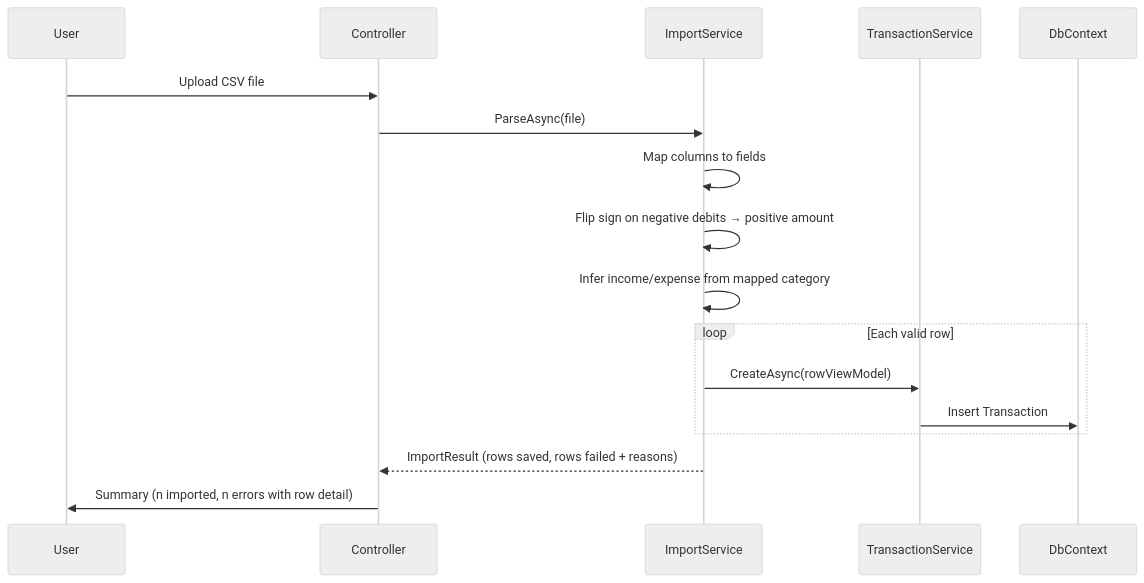
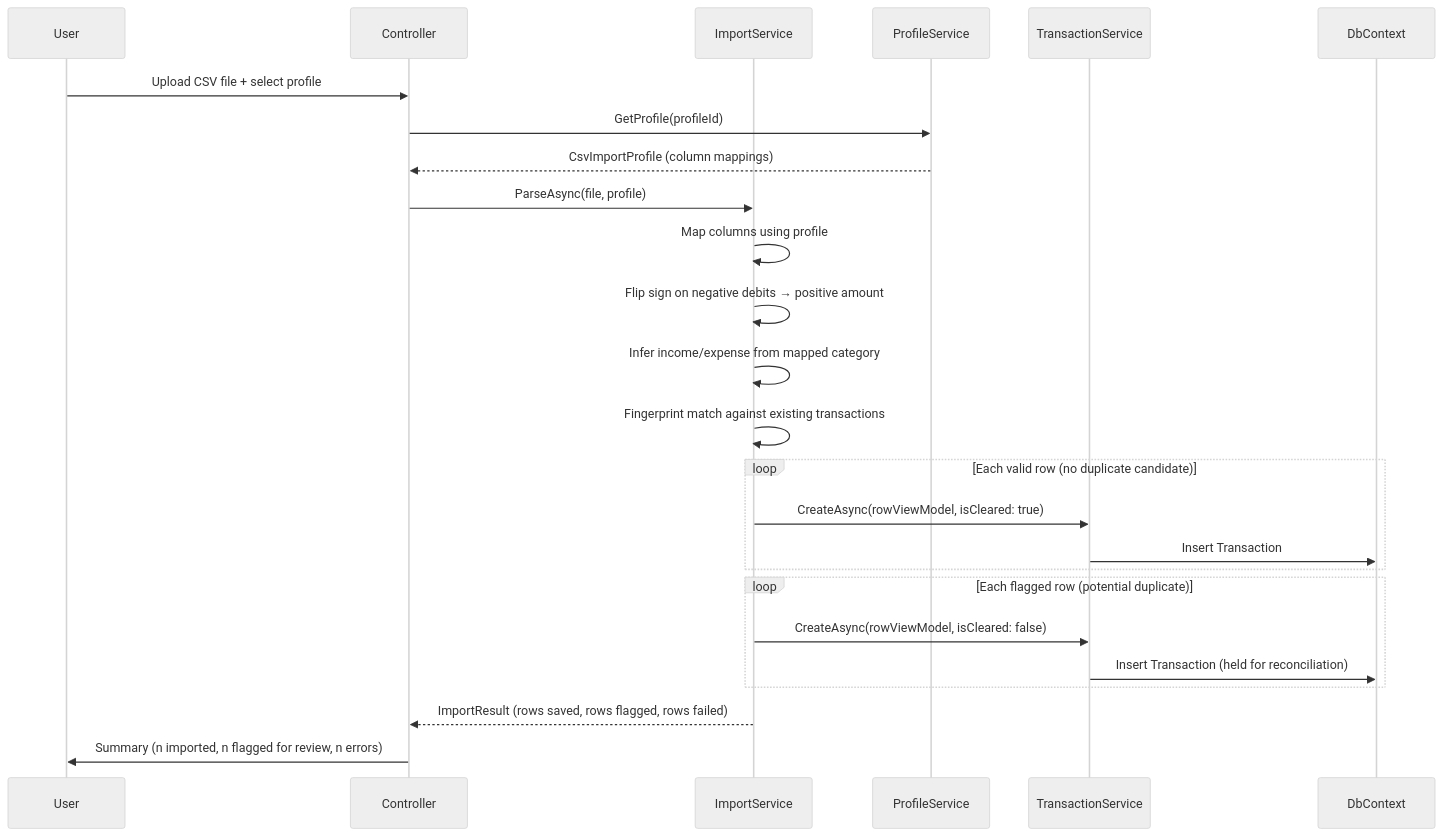
The first of 2 diagrams in docs/planning-phase2.md (marcellh93/ceres-finance-tracker), drawn with Mermaid (neutral theme) before and after one commit. The commit also changed other lines of this file and 65 other files, not shown here.

Commit message:
Solved Open Questions for Phase 2 and roadmap for said phase created.

````diff
--- a/docs/planning-phase2.md
+++ b/docs/planning-phase2.md
@@ -66,20 +71,28 @@
 ```mermaid
 sequenceDiagram
     participant User
     participant Controller
     participant ImportService
+    participant ProfileService
     participant TransactionService
     participant DbContext
 
-    User->>Controller: Upload CSV file
-    Controller->>ImportService: ParseAsync(file)
-    ImportService->>ImportService: Map columns to fields
+    User->>Controller: Upload CSV file + select profile
+    Controller->>ProfileService: GetProfile(profileId)
+    ProfileService-->>Controller: CsvImportProfile (column mappings)
+    Controller->>ImportService: ParseAsync(file, profile)
+    ImportService->>ImportService: Map columns using profile
     ImportService->>ImportService: Flip sign on negative debits → positive amount
     ImportService->>ImportService: Infer income/expense from mapped category
-    loop Each valid row
-        ImportService->>TransactionService: CreateAsync(rowViewModel)
+    ImportService->>ImportService: Fingerprint match against existing transactions
+    loop Each valid row (no duplicate candidate)
+        ImportService->>TransactionService: CreateAsync(rowViewModel, isCleared: true)
         TransactionService->>DbContext: Insert Transaction
     end
-    ImportService-->>Controller: ImportResult (rows saved, rows failed + reasons)
-    Controller->>User: Summary (n imported, n errors with row detail)
+    loop Each flagged row (potential duplicate)
+        ImportService->>TransactionService: CreateAsync(rowViewModel, isCleared: false)
+        TransactionService->>DbContext: Insert Transaction (held for reconciliation)
+    end
+    ImportService-->>Controller: ImportResult (rows saved, rows flagged, rows failed)
+    Controller->>User: Summary (n imported, n flagged for review, n errors)
 ```
````
